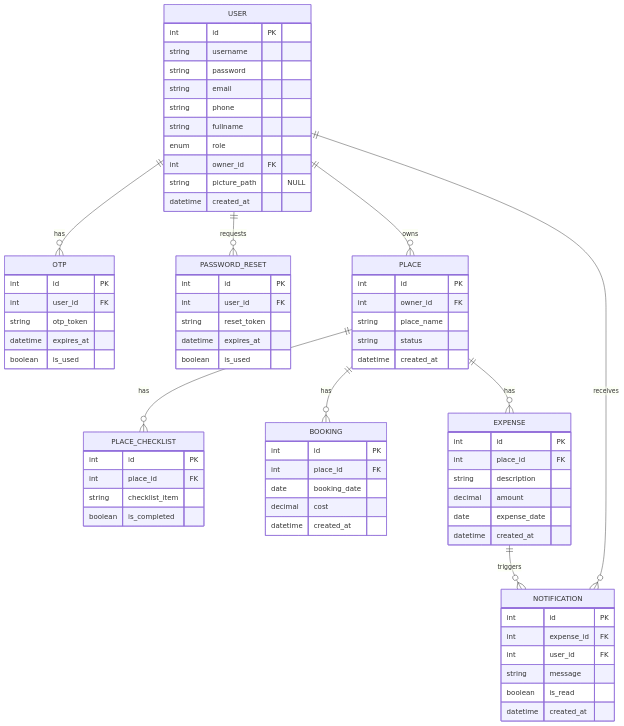
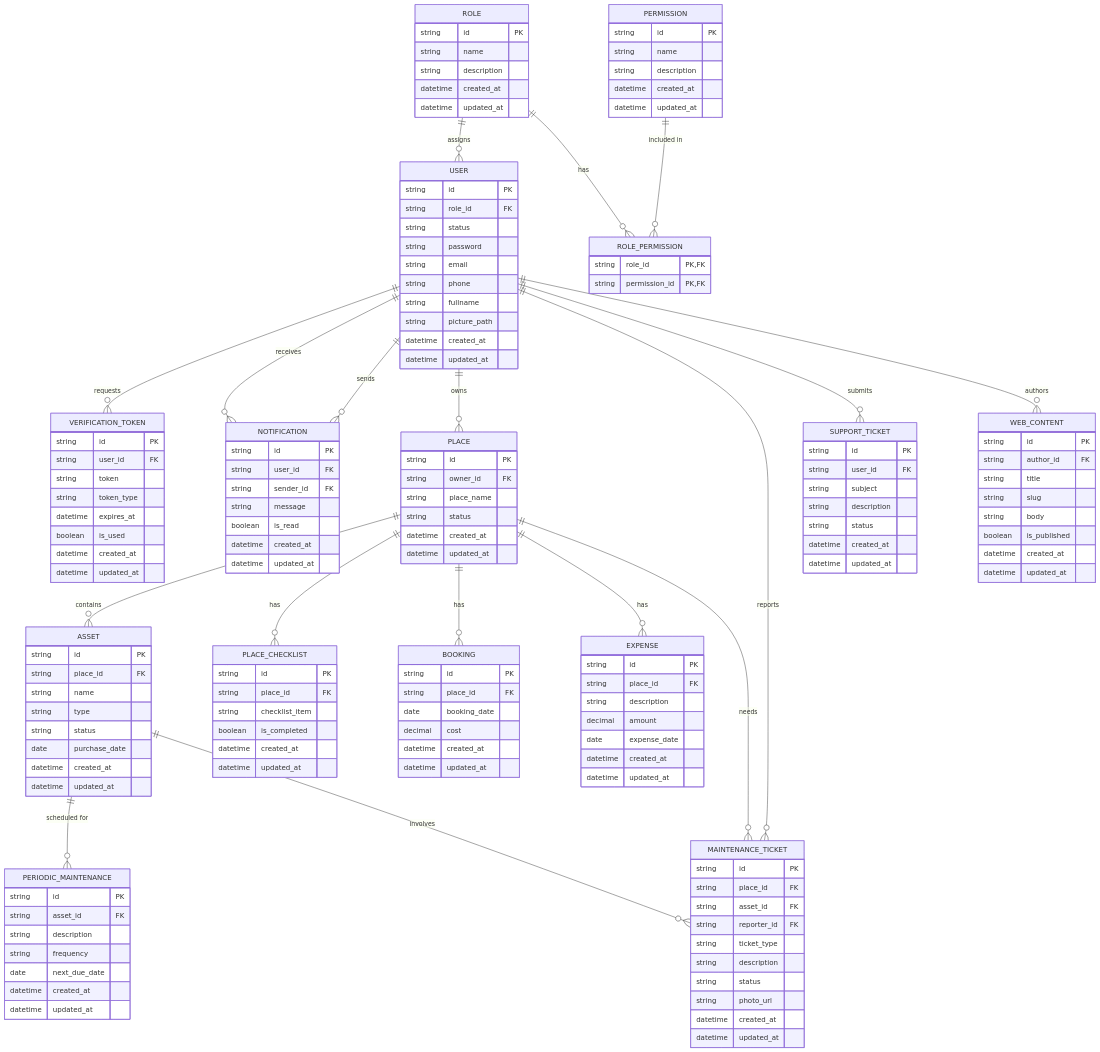
The third of 3 diagrams in Stage-3/README.md (Abdulrahman-Wadani/Amlak), drawn with Mermaid before and after one commit.

Commit message:
Revise ER diagram with new entities and relationships
Updated the entity definitions and relationships in the ER diagram. Added new entities like VERIFICATION_TOKEN, NOTIFICATION, ASSET, PERIODIC_MAINTENANCE, MAINTENANCE_TICKET, WEB_CONTENT, and SUPPORT_TICKET.

````diff
--- a/Stage-3/README.md
+++ b/Stage-3/README.md
@@ -485,82 +485,168 @@
 ```mermaid
 erDiagram
 
+    ROLE {
+        string id PK
+        string name
+        string description
+        datetime created_at
+        datetime updated_at
+    }
+
+    PERMISSION {
+        string id PK
+        string name
+        string description
+        datetime created_at
+        datetime updated_at
+    }
+
+    ROLE_PERMISSION {
+        string role_id PK,FK
+        string permission_id PK,FK
+    }
+
     USER {
-        int id PK
-        string username
+        string id PK
+        string role_id FK
+        string status
         string password
         string email
         string phone
         string fullname
-        enum role
-        int owner_id FK
-        string picture_path "NULL"
+        string picture_path
         datetime created_at
+        datetime updated_at
     }
 
-    OTP {
-        int id PK
-        int user_id FK
-        string otp_token
+    VERIFICATION_TOKEN {
+        string id PK
+        string user_id FK
+        string token
+        string token_type
         datetime expires_at
         boolean is_used
+        datetime created_at
+        datetime updated_at
     }
 
-    PASSWORD_RESET {
-        int id PK
-        int user_id FK
-        string reset_token
-        datetime expires_at
-        boolean is_used
+    NOTIFICATION {
+        string id PK
+        string user_id FK
+        string sender_id FK
+        string message
+        boolean is_read
+        datetime created_at
+        datetime updated_at
     }
 
     PLACE {
-        int id PK
-        int owner_id FK
+        string id PK
+        string owner_id FK
         string place_name
         string status
         datetime created_at
+        datetime updated_at
     }
 
     PLACE_CHECKLIST {
-        int id PK
-        int place_id FK
+        string id PK
+        string place_id FK
         string checklist_item
         boolean is_completed
+        datetime created_at
+        datetime updated_at
     }
 
     BOOKING {
-        int id PK
-        int place_id FK
+        string id PK
+        string place_id FK
         date booking_date
         decimal cost
         datetime created_at
+        datetime updated_at
     }
 
     EXPENSE {
-        int id PK
-        int place_id FK
+        string id PK
+        string place_id FK
         string description
         decimal amount
         date expense_date
         datetime created_at
+        datetime updated_at
     }
 
-    NOTIFICATION {
-        int id PK
-        int expense_id FK
-        int user_id FK
-        string message
-        boolean is_read
+    ASSET {
+        string id PK
+        string place_id FK
+        string name
+        string type
+        string status
+        date purchase_date
         datetime created_at
+        datetime updated_at
     }
 
-    USER ||--o{ OTP : has
-    USER ||--o{ PASSWORD_RESET : requests
-    USER ||--o{ PLACE : owns
-    PLACE ||--o{ PLACE_CHECKLIST : has
-    PLACE ||--o{ BOOKING : has
-    PLACE ||--o{ EXPENSE : has
-    EXPENSE ||--o{ NOTIFICATION : triggers
-    USER ||--o{ NOTIFICATION : receives
+    PERIODIC_MAINTENANCE {
+        string id PK
+        string asset_id FK
+        string description
+        string frequency
+        date next_due_date
+        datetime created_at
+        datetime updated_at
+    }
+
+    MAINTENANCE_TICKET {
+        string id PK
+        string place_id FK
+        string asset_id FK
+        string reporter_id FK
+        string ticket_type
+        string description
+        string status
+        string photo_url
+        datetime created_at
+        datetime updated_at
+    }
+
+    WEB_CONTENT {
+        string id PK
+        string author_id FK
+        string title
+        string slug
+        string body
+        boolean is_published
+        datetime created_at
+        datetime updated_at
+    }
+
+    SUPPORT_TICKET {
+        string id PK
+        string user_id FK
+        string subject
+        string description
+        string status
+        datetime created_at
+        datetime updated_at
+    }
+
+    ROLE ||--o{ USER : "assigns"
+    ROLE ||--o{ ROLE_PERMISSION : "has"
+    PERMISSION ||--o{ ROLE_PERMISSION : "included in"
+    USER ||--o{ VERIFICATION_TOKEN : "requests"
+    USER ||--o{ NOTIFICATION : "receives"
+    USER ||--o{ NOTIFICATION : "sends"
+    USER ||--o{ PLACE : "owns"
+    USER ||--o{ MAINTENANCE_TICKET : "reports"
+    USER ||--o{ SUPPORT_TICKET : "submits"
+    USER ||--o{ WEB_CONTENT : "authors"
+    PLACE ||--o{ ASSET : "contains"
+    PLACE ||--o{ PLACE_CHECKLIST : "has"
+    PLACE ||--o{ BOOKING : "has"
+    PLACE ||--o{ EXPENSE : "has"
+    PLACE ||--o{ MAINTENANCE_TICKET : "needs"
+    ASSET ||--o{ PERIODIC_MAINTENANCE : "scheduled for"
+    ASSET ||--o{ MAINTENANCE_TICKET : "involves"
 ```
````
